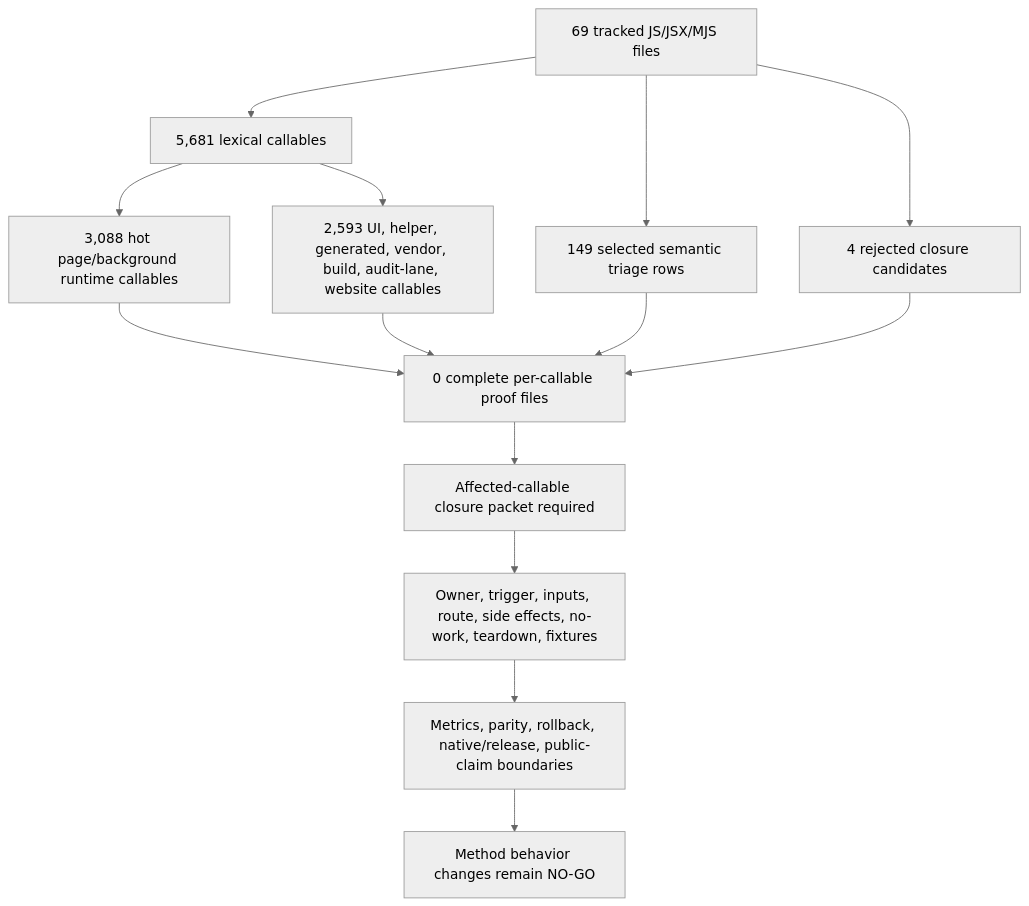
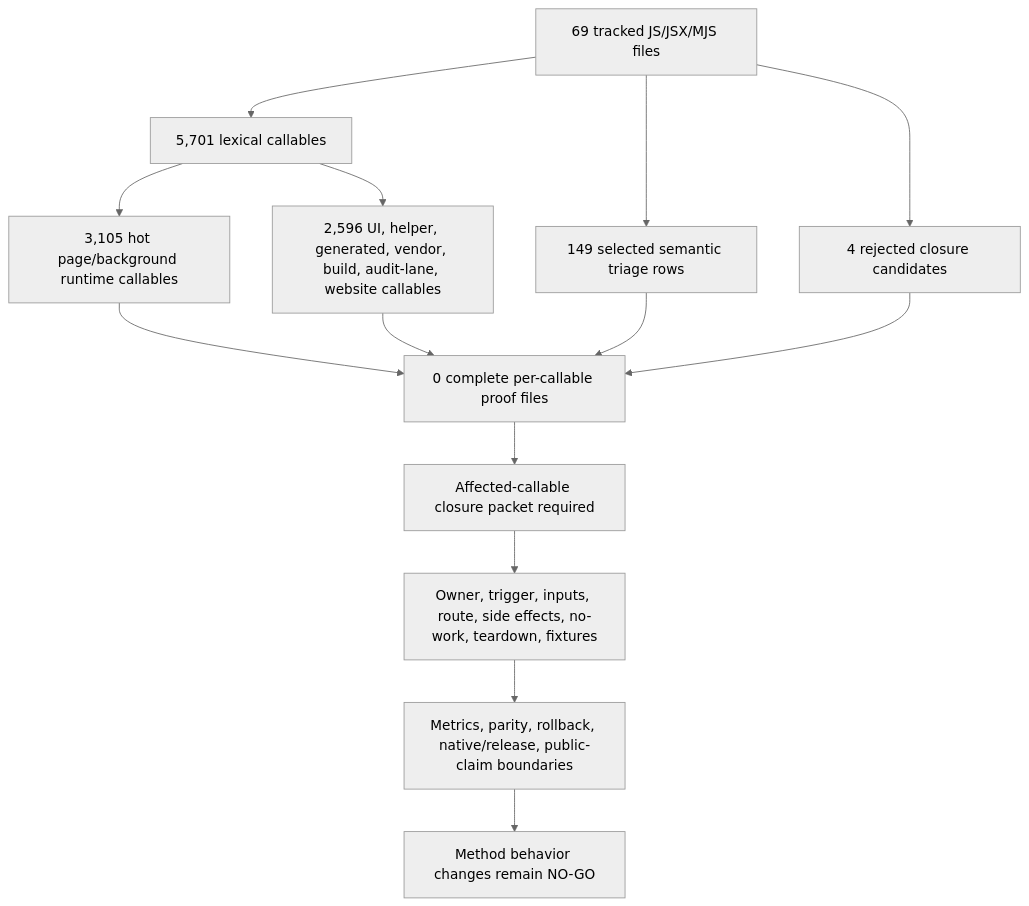
The first of 2 diagrams in docs/audit/FILTERTUBE_METHOD_SEMANTIC_PROOF_GAP_INDEX_CURRENT_BEHAVIOR_2026-05-25.md (varshneydevansh/FilterTube), drawn with Mermaid (neutral theme) before and after one commit. The commit also changed other lines of this file and 15 other files, not shown here.

````diff
--- a/docs/audit/FILTERTUBE_METHOD_SEMANTIC_PROOF_GAP_INDEX_CURRENT_BEHAVIOR_2026-05-25.md
+++ b/docs/audit/FILTERTUBE_METHOD_SEMANTIC_PROOF_GAP_INDEX_CURRENT_BEHAVIOR_2026-05-25.md
@@ -130,16 +130,16 @@
 ```mermaid
 flowchart TD
-  A["69 tracked JS/JSX/MJS files"] --> B["5,681 lexical callables"]
-  B --> C["3,088 hot page/background runtime callables"]
-  B --> D["2,593 UI, helper, generated, vendor, build, audit-lane, website callables"]
+  A["69 tracked JS/JSX/MJS files"] --> B["5,701 lexical callables"]
+  B --> C["3,105 hot page/background runtime callables"]
+  B --> D["2,596 UI, helper, generated, vendor, build, audit-lane, website callables"]
   A --> E["149 selected semantic triage rows"]
   A --> F["4 rejected closure candidates"]
   C --> G["0 complete per-callable proof files"]
   D --> G
   E --> G
   F --> G
   G --> H["Affected-callable closure packet required"]
   H --> I["Owner, trigger, inputs, route, side effects, no-work, teardown, fixtures"]
   I --> J["Metrics, parity, rollback, native/release, public-claim boundaries"]
   J --> K["Method behavior changes remain NO-GO"]
 ```
````
